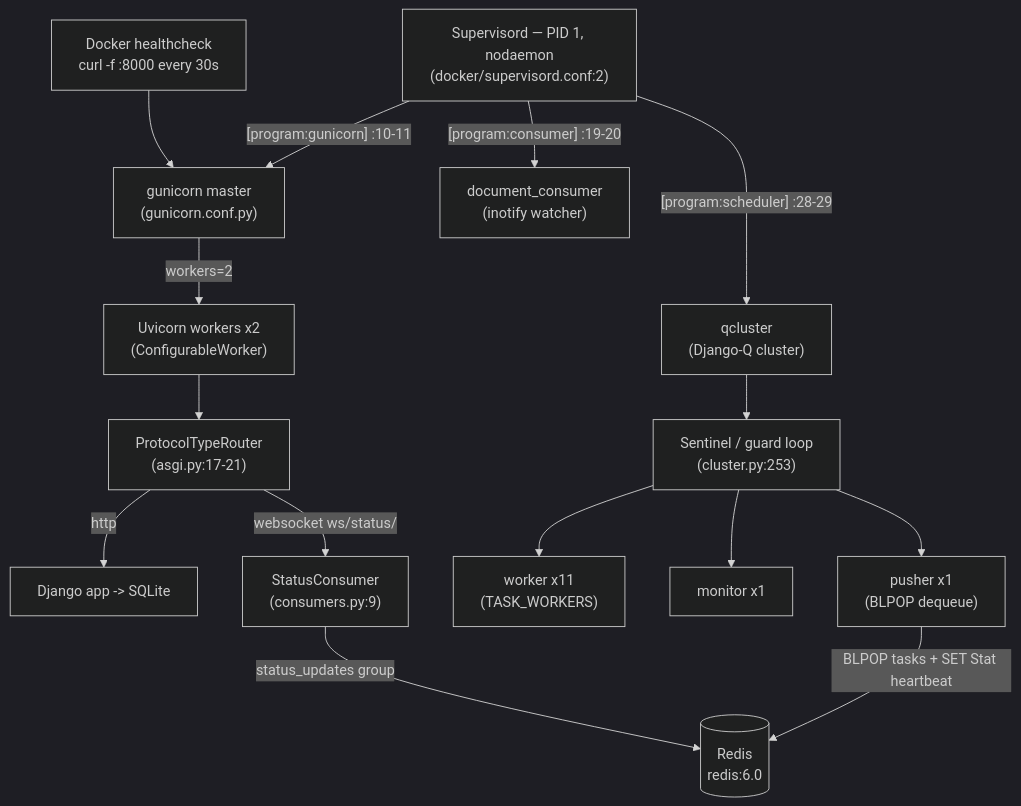
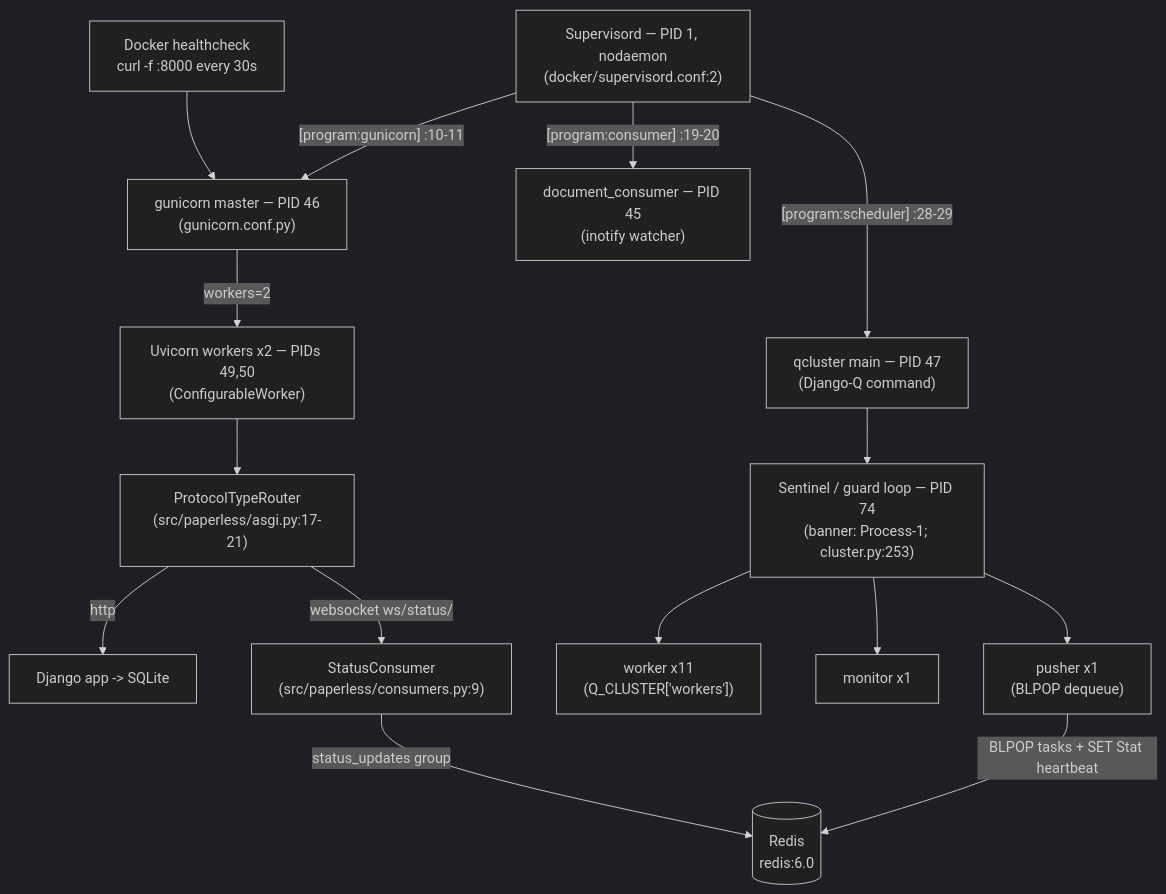
The first of 2 diagrams in blitzy/documentation/paperless-ngx_542221a38dff.md (blitzy-research/paperless-ngx), drawn with Mermaid (dark theme) before and after one commit. The commit also changed other lines of this file, not shown here.

````diff
--- a/blitzy/documentation/paperless-ngx_542221a38dff.md
+++ b/blitzy/documentation/paperless-ngx_542221a38dff.md
@@ -109,22 +216,22 @@
 ```mermaid
 graph TD
     SV["Supervisord — PID 1, nodaemon<br/>(docker/supervisord.conf:2)"]
-    SV -->|"[program:gunicorn] :10-11"| GU["gunicorn master<br/>(gunicorn.conf.py)"]
-    SV -->|"[program:consumer] :19-20"| CO["document_consumer<br/>(inotify watcher)"]
-    SV -->|"[program:scheduler] :28-29"| QC["qcluster<br/>(Django-Q cluster)"]
+    SV -->|"[program:gunicorn] :10-11"| GU["gunicorn master — PID 46<br/>(gunicorn.conf.py)"]
+    SV -->|"[program:consumer] :19-20"| CO["document_consumer — PID 45<br/>(inotify watcher)"]
+    SV -->|"[program:scheduler] :28-29"| QC["qcluster main — PID 47<br/>(Django-Q command)"]
 
-    GU -->|"workers=2"| UW["Uvicorn workers x2<br/>(ConfigurableWorker)"]
-    UW --> ASGI["ProtocolTypeRouter<br/>(asgi.py:17-21)"]
+    GU -->|"workers=2"| UW["Uvicorn workers x2 — PIDs 49,50<br/>(ConfigurableWorker)"]
+    UW --> ASGI["ProtocolTypeRouter<br/>(src/paperless/asgi.py:17-21)"]
     ASGI -->|http| DJ["Django app -> SQLite"]
-    ASGI -->|"websocket ws/status/"| SC["StatusConsumer<br/>(consumers.py:9)"]
+    ASGI -->|"websocket ws/status/"| SC["StatusConsumer<br/>(src/paperless/consumers.py:9)"]
 
-    QC --> SEN["Sentinel / guard loop<br/>(cluster.py:253)"]
-    SEN --> WK["worker x11<br/>(TASK_WORKERS)"]
+    QC --> SEN["Sentinel / guard loop — PID 74<br/>(banner: Process-1; cluster.py:253)"]
+    SEN --> WK["worker x11<br/>(Q_CLUSTER['workers'])"]
     SEN --> MON["monitor x1"]
     SEN --> PU["pusher x1<br/>(BLPOP dequeue)"]
 
     PU -->|"BLPOP tasks + SET Stat heartbeat"| RD[("Redis<br/>redis:6.0")]
     SC -->|"status_updates group"| RD
     HC["Docker healthcheck<br/>curl -f :8000 every 30s"] --> GU
 %% Redis serves BOTH the Django-Q broker AND the Channels channel layer
 ```
````
